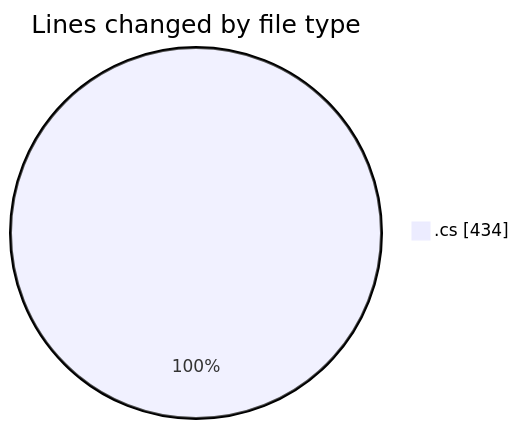
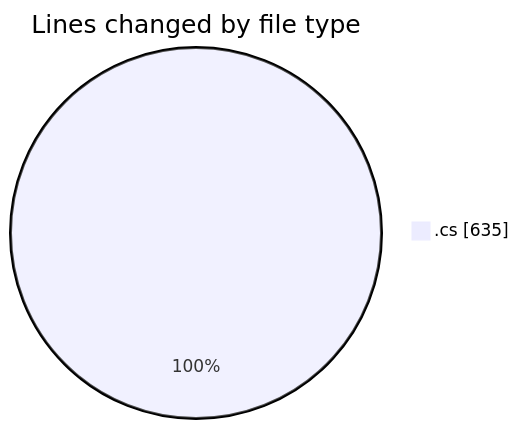
One commit to Netris89/code-tracking changed the first of 2 diagrams in 2025-04-01/back-end/README.md. Above: the diagram before and after it, drawn with Mermaid. The commit also changed other lines of this file and 1 other file, not shown here.

````diff
--- a/2025-04-01/back-end/README.md
+++ b/2025-04-01/back-end/README.md
@@ -22,5 +23,5 @@
 ```mermaid
 pie showData
 title Lines changed by file type
-".cs" : 434
+".cs" : 635
 ```
````
